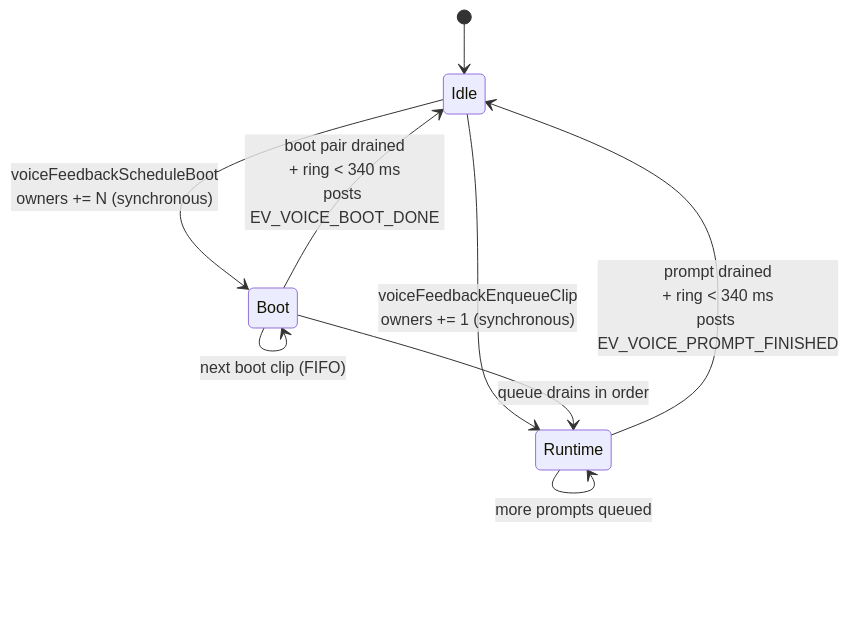
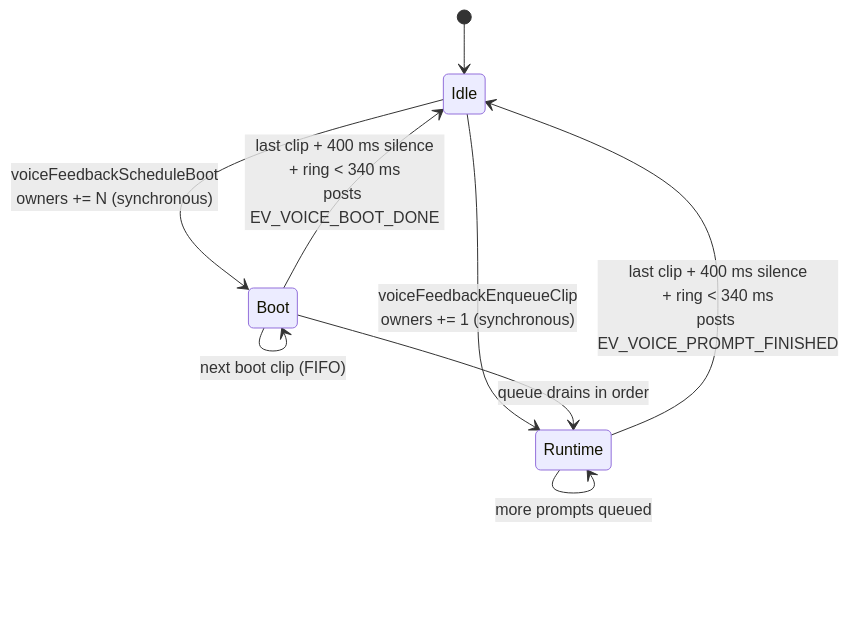
The second of 2 diagrams in docs/architecture.md (geelenaudio/paretoamp), drawn with Mermaid before and after one commit. The commit also changed other lines of this file and 34 other files, not shown here.

````diff
--- a/docs/architecture.md
+++ b/docs/architecture.md
@@ -156,11 +158,11 @@
 ```mermaid
 stateDiagram-v2
   [*] --> Idle
   Idle --> Boot: voiceFeedbackScheduleBoot<br/>owners += N (synchronous)
   Idle --> Runtime: voiceFeedbackEnqueueClip<br/>owners += 1 (synchronous)
   Boot --> Boot: next boot clip (FIFO)
   Boot --> Runtime: queue drains in order
-  Boot --> Idle: boot pair drained<br/>+ ring < 340 ms<br/>posts EV_VOICE_BOOT_DONE
-  Runtime --> Idle: prompt drained<br/>+ ring < 340 ms<br/>posts EV_VOICE_PROMPT_FINISHED
+  Boot --> Idle: last clip + 400 ms silence<br/>+ ring < 340 ms<br/>posts EV_VOICE_BOOT_DONE
+  Runtime --> Idle: last clip + 400 ms silence<br/>+ ring < 340 ms<br/>posts EV_VOICE_PROMPT_FINISHED
   Runtime --> Runtime: more prompts queued
 ```
````
